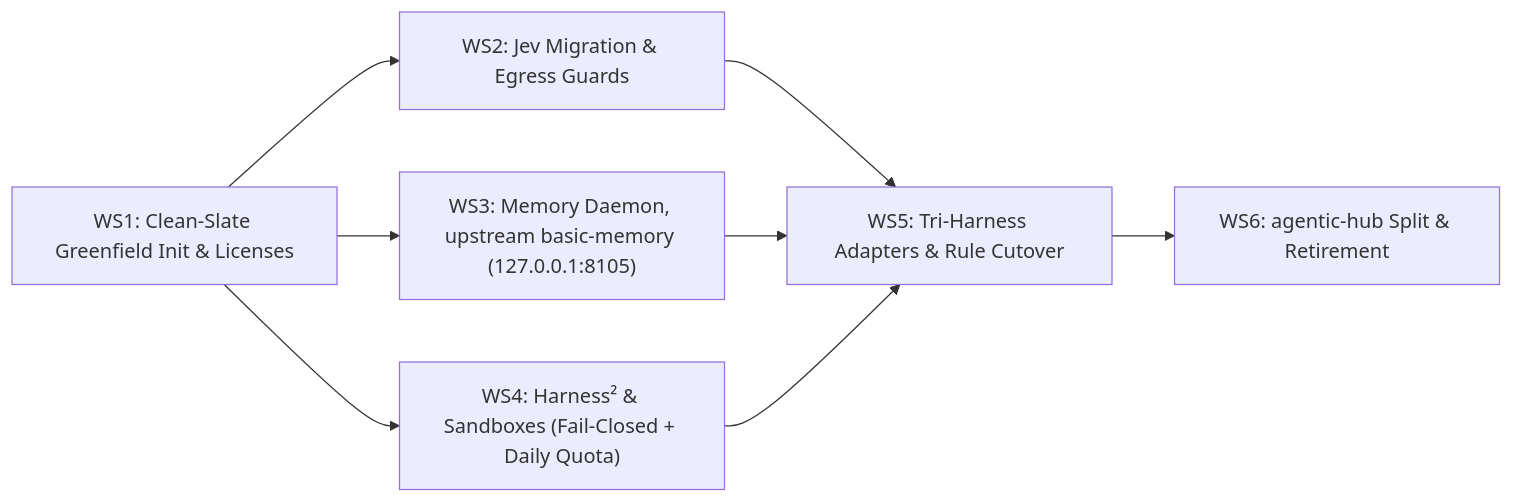
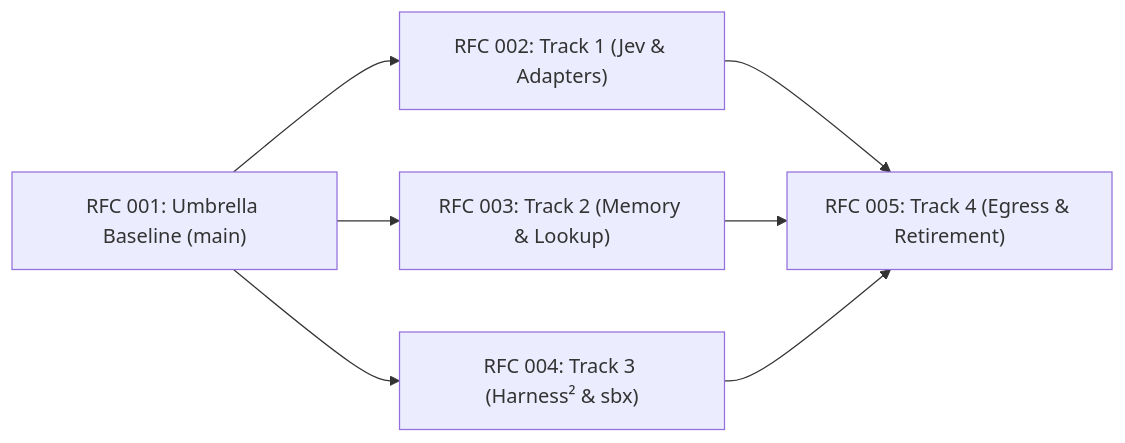
Before and after one commit to rockad/cognitive-engine: the second of 2 diagrams in docs/rfc/001-harness2-jev-unified-cognitive-substrate.md, drawn with Mermaid. The commit also changed other lines of this file, not shown here.

Commit message:
docs(rfc): formalize multi-track child RFC architecture and track status matrix

````diff
--- a/docs/rfc/001-harness2-jev-unified-cognitive-substrate.md
+++ b/docs/rfc/001-harness2-jev-unified-cognitive-substrate.md
@@ -247,8 +260,7 @@
 ```mermaid
 flowchart LR
-    WS1["WS1: Clean-Slate Greenfield Init & Licenses"] --> WS2["WS2: Jev Migration & Egress Guards"]
-    WS1 --> WS3["WS3: Memory Daemon, upstream basic-memory (127.0.0.1:8105)"]
-    WS1 --> WS4["WS4: Harness² & Sandboxes (Fail-Closed + Daily Quota)"]
-    WS2 & WS3 & WS4 --> WS5["WS5: Tri-Harness Adapters & Rule Cutover"]
-    WS5 --> WS6["WS6: agentic-hub Split & Retirement"]
+    RFC001["RFC 001: Umbrella Baseline (main)"] --> Track1["RFC 002: Track 1 (Jev & Adapters)"]
+    RFC001 --> Track2["RFC 003: Track 2 (Memory & Lookup)"]
+    RFC001 --> Track3["RFC 004: Track 3 (Harness² & sbx)"]
+    Track1 & Track2 & Track3 --> Track4["RFC 005: Track 4 (Egress & Retirement)"]
 ```
````
